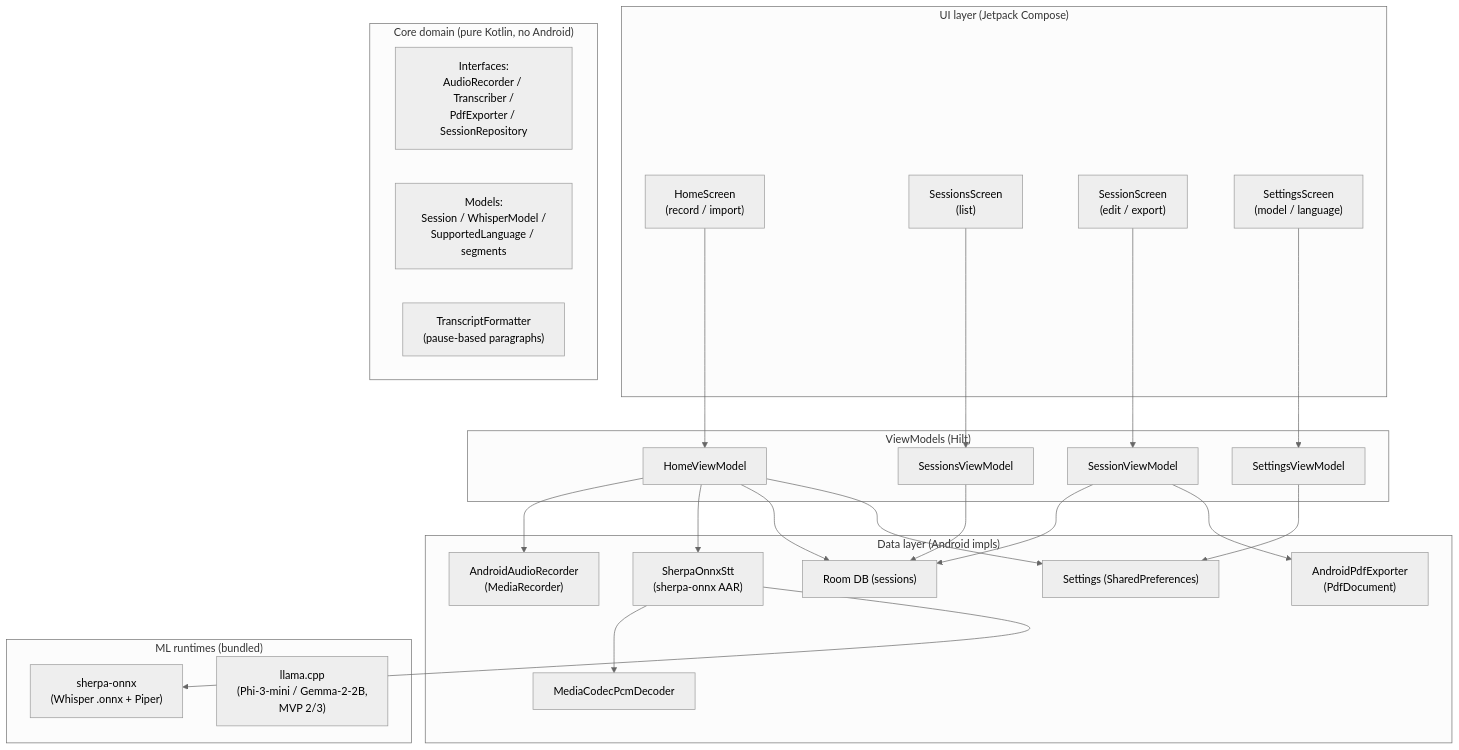
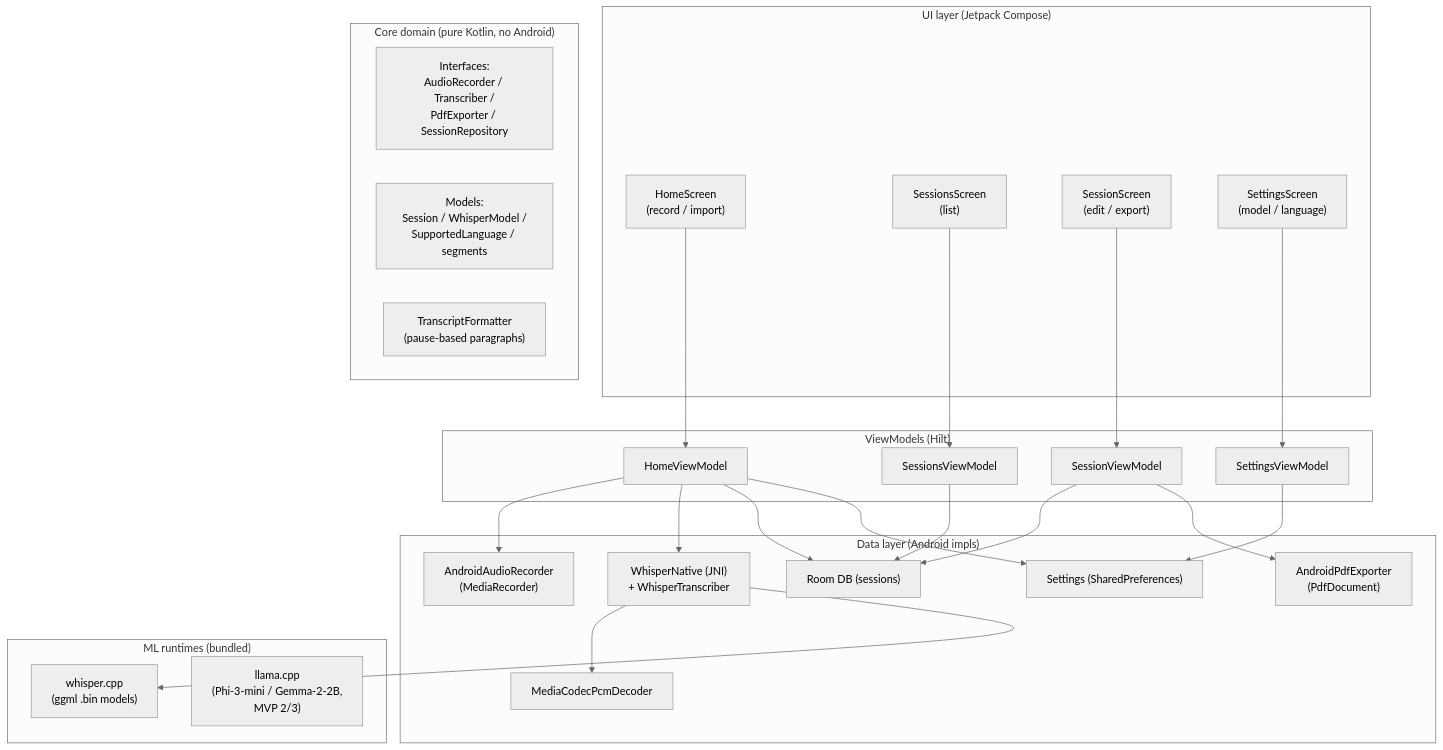
Before and after one commit to Franck-Sorel/voice-to-pdf: the first of 2 diagrams in docs/ARCHITECTURE.md, drawn with Mermaid (neutral theme). The commit also changed other lines of this file and 7 other files, not shown here.

First line of the commit message:
docs: reverse sherpa-onnx to whisper.cpp across PRD/ARCH/NFR/ROADMAP/SETUP/README

````diff
--- a/docs/ARCHITECTURE.md
+++ b/docs/ARCHITECTURE.md
@@ -12,47 +12,47 @@
 ```mermaid
 flowchart TB
     subgraph UI["UI layer (Jetpack Compose)"]
         Home["HomeScreen\n(record / import)"]
         Sessions["SessionsScreen\n(list)"]
         Session["SessionScreen\n(edit / export)"]
         Settings["SettingsScreen\n(model / language)"]
     end
     subgraph VM["ViewModels (Hilt)"]
         HomeVM["HomeViewModel"]
         SessionsVM["SessionsViewModel"]
         SessionVM["SessionViewModel"]
         SettingsVM["SettingsViewModel"]
     end
     subgraph Domain["Core domain (pure Kotlin, no Android)"]
         ifaces["Interfaces:\nAudioRecorder / Transcriber /\nPdfExporter / SessionRepository"]
         models["Models:\nSession / WhisperModel /\nSupportedLanguage / segments"]
         fmt["TranscriptFormatter\n(pause-based paragraphs)"]
     end
     subgraph Data["Data layer (Android impls)"]
         Room["Room DB (sessions)"]
         Prefs["Settings (SharedPreferences)"]
         Recorder["AndroidAudioRecorder\n(MediaRecorder)"]
         PCM["MediaCodecPcmDecoder"]
-        Speech["SherpaOnnxStt\n(sherpa-onnx AAR)"]
+        Speech["WhisperNative (JNI)\n+ WhisperTranscriber"]
         PDF["AndroidPdfExporter\n(PdfDocument)"]
     end
     subgraph Native["ML runtimes (bundled)"]
-        onnx["sherpa-onnx\n(Whisper .onnx + Piper)"]
+        onnx["whisper.cpp\n(ggml .bin models)"]
         llm["llama.cpp\n(Phi-3-mini / Gemma-2-2B,\nMVP 2/3)"]
     end
 
     Home --> HomeVM
     Sessions --> SessionsVM
     Session --> SessionVM
     Settings --> SettingsVM
     HomeVM --> Recorder
     HomeVM --> Speech
     HomeVM --> Room
     HomeVM --> Prefs
     SessionsVM --> Room
     SessionVM --> Room
     SessionVM --> PDF
     SettingsVM --> Prefs
     Speech --> PCM
     Speech --> onnx
 ```
````
